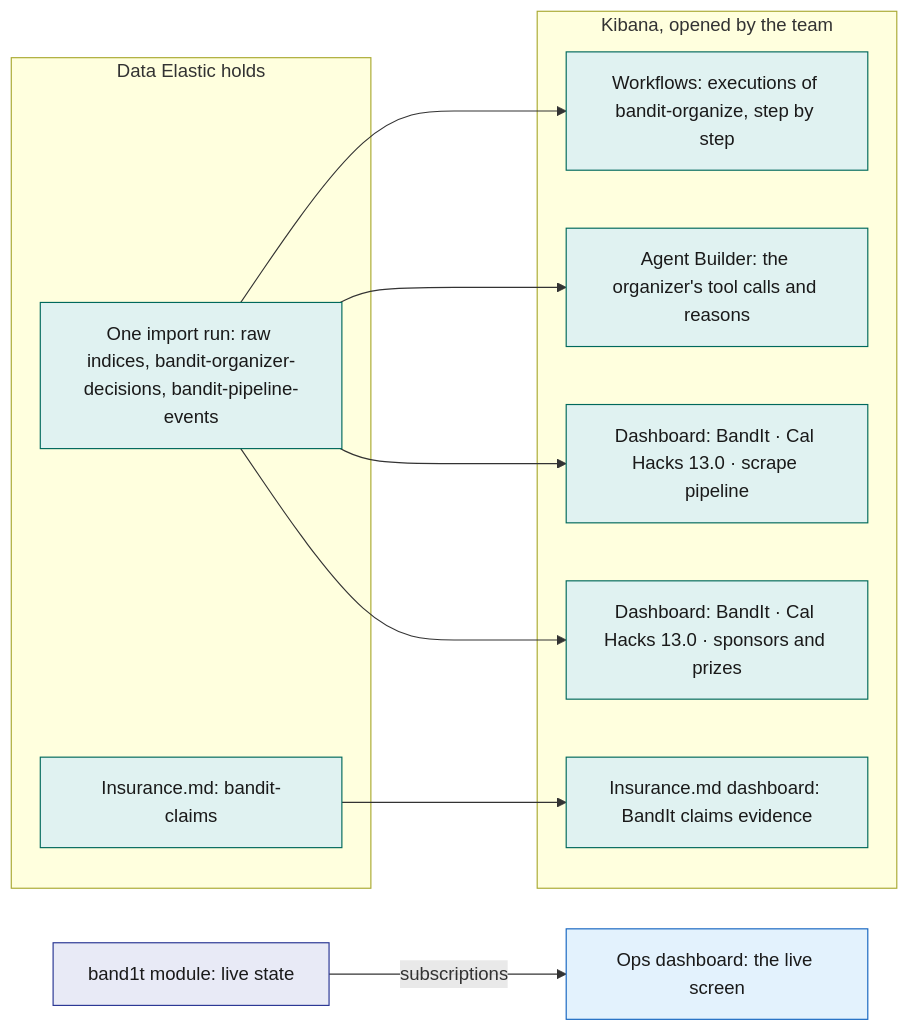
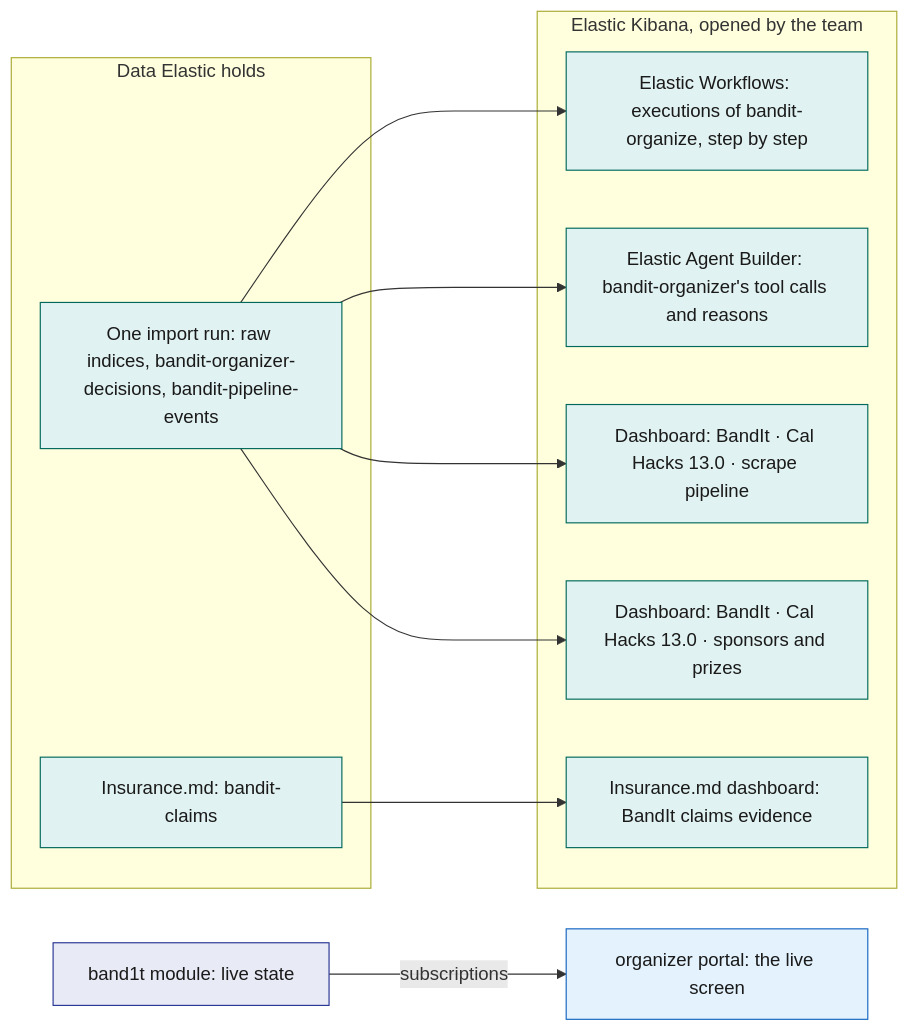
Before and after one commit to viktorinkov/cal-hacks-13: the fifth of 5 diagrams in System Design/7-integrations/Elastic.md, drawn with Mermaid. The commit also changed other lines of this file and 26 other files, not shown here.

````diff
--- a/System Design/7-integrations/Elastic.md
+++ b/System Design/7-integrations/Elastic.md
@@ -366,26 +403,26 @@
 ```mermaid
 flowchart LR
   subgraph Sources["Data Elastic holds"]
     RUN["One import run: raw indices, bandit-organizer-decisions, bandit-pipeline-events"]
     CLM["Insurance.md: bandit-claims"]
   end
-  subgraph Kibana["Kibana, opened by the team"]
-    WFV["Workflows: executions of bandit-organize, step by step"]
-    ABV["Agent Builder: the organizer's tool calls and reasons"]
+  subgraph Kibana["Elastic Kibana, opened by the team"]
+    WFV["Elastic Workflows: executions of bandit-organize, step by step"]
+    ABV["Elastic Agent Builder: bandit-organizer's tool calls and reasons"]
     D1["Dashboard: BandIt · Cal Hacks 13.0 · scrape pipeline"]
     D2["Dashboard: BandIt · Cal Hacks 13.0 · sponsors and prizes"]
     D5["Insurance.md dashboard: BandIt claims evidence"]
   end
   RUN --> WFV
   RUN --> ABV
   RUN --> D1
   RUN --> D2
   CLM --> D5
-  STDB["band1t module: live state"] -->|"subscriptions"| OPS["Ops dashboard: the live screen"]
+  STDB["band1t module: live state"] -->|"subscriptions"| OPS["organizer portal: the live screen"]
   classDef ext fill:#E0F2F1,stroke:#00695C,color:#1A1A1A
   classDef stdb fill:#E8EAF6,stroke:#283593,color:#1A1A1A
   classDef web fill:#E3F2FD,stroke:#1565C0,color:#1A1A1A
   class RUN,CLM,WFV,ABV,D1,D2,D5 ext
   class STDB stdb
   class OPS web
 ```
````
